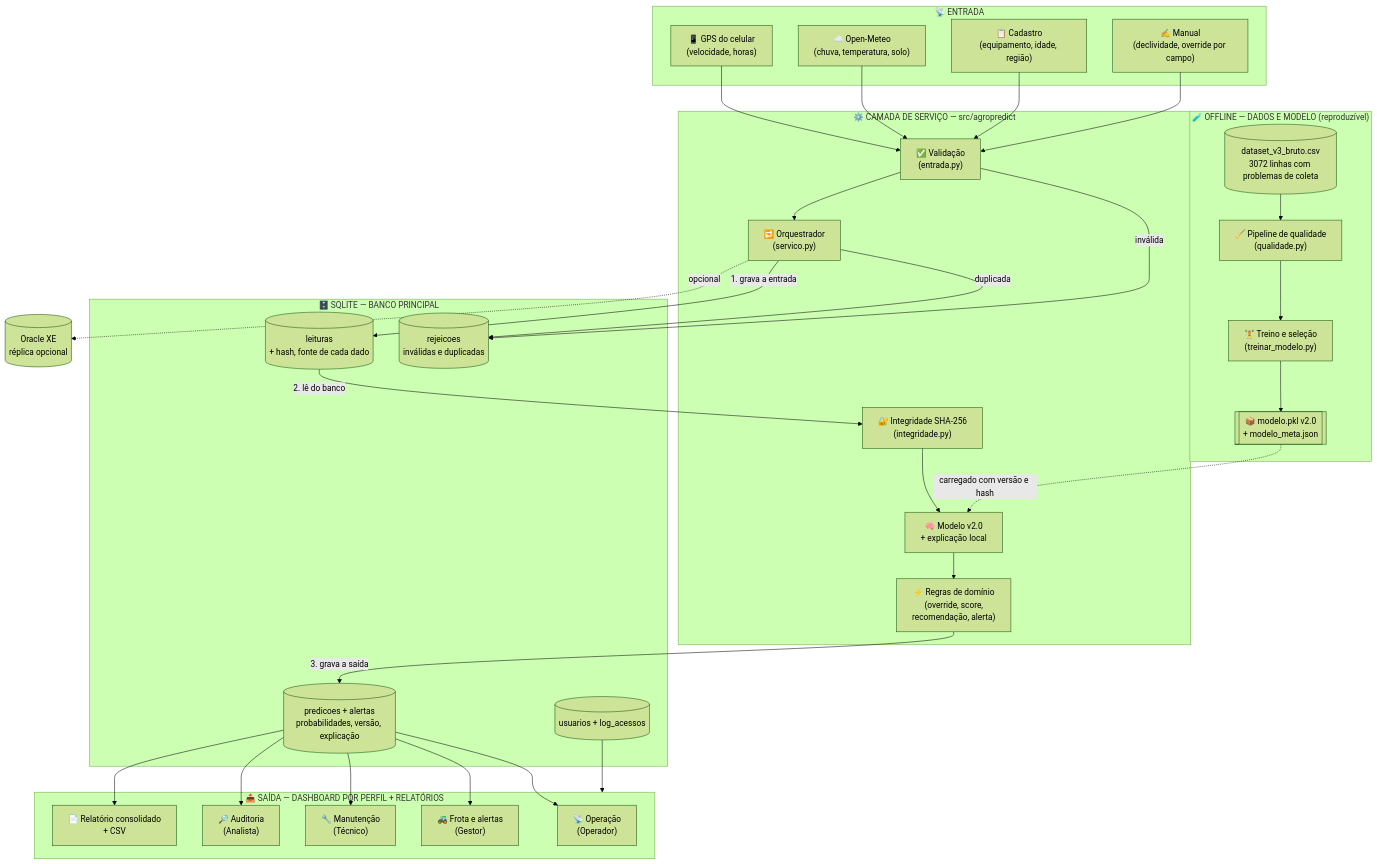
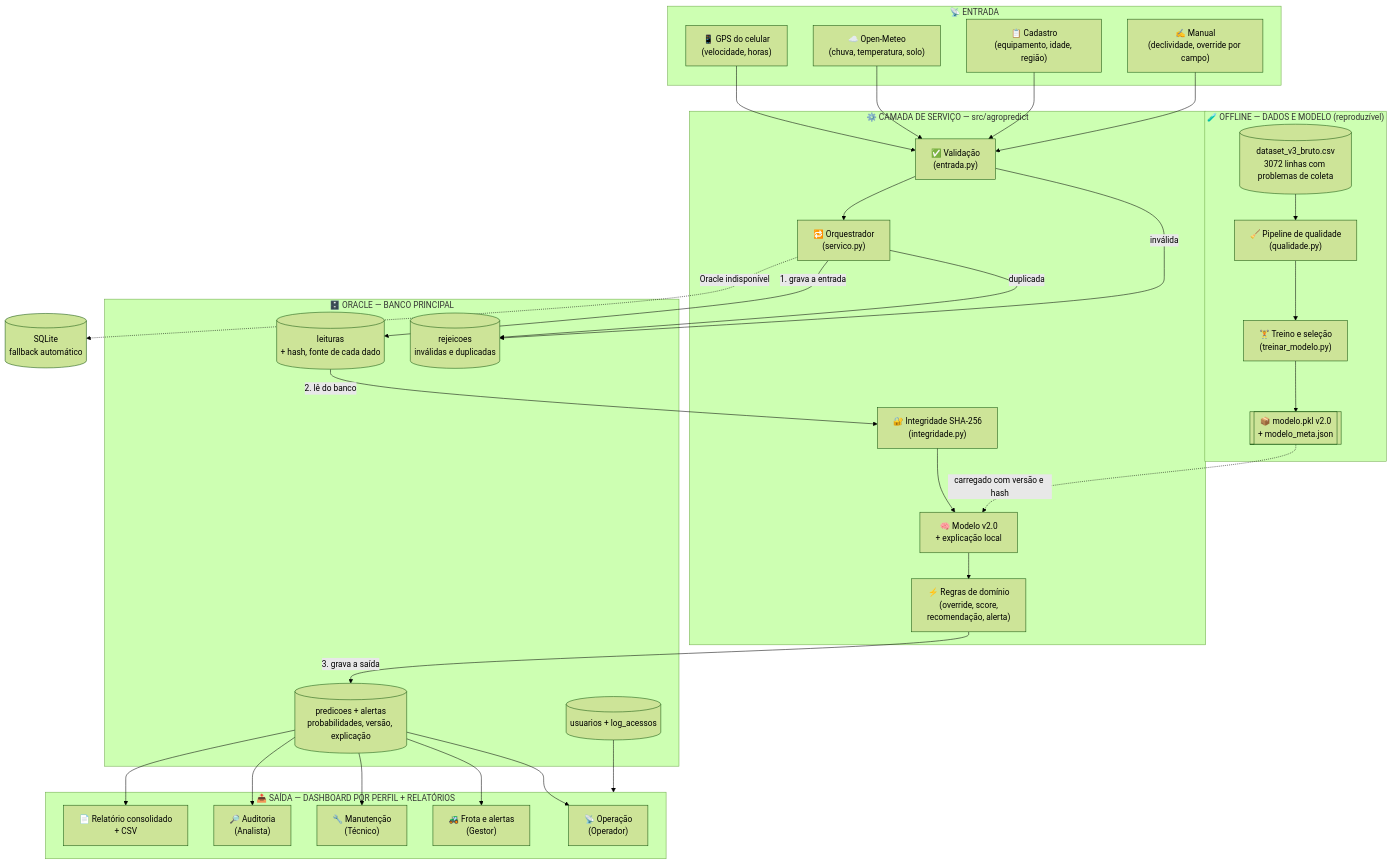
The diagram in ANO1/Sompo-AgroPredict-main/Sompo-AgroPredict-main/README.md (jotaviomoraes/fiap), drawn with Mermaid (forest theme) before and after one commit. The commit also changed other lines of this file and 34 other files, not shown here.

````diff
--- a/ANO1/Sompo-AgroPredict-main/Sompo-AgroPredict-main/README.md
+++ b/ANO1/Sompo-AgroPredict-main/Sompo-AgroPredict-main/README.md
@@ -77,58 +77,58 @@
 ```mermaid
 flowchart TB
     subgraph OFF["🧪 OFFLINE — DADOS E MODELO (reproduzível)"]
         DB0[("dataset_v3_bruto.csv<br/>3072 linhas com problemas de coleta")]
         Q["🧹 Pipeline de qualidade<br/>(qualidade.py)"]
         T["🏋️ Treino e seleção<br/>(treinar_modelo.py)"]
         M[["📦 modelo.pkl v2.0<br/>+ modelo_meta.json"]]
         DB0 --> Q --> T --> M
     end
 
     subgraph FONTES["📡 ENTRADA"]
         A1["📱 GPS do celular<br/>(velocidade, horas)"]
         A3["☁️ Open-Meteo<br/>(chuva, temperatura, solo)"]
         A4["📋 Cadastro<br/>(equipamento, idade, região)"]
         A2["✍️ Manual<br/>(declividade, override por campo)"]
     end
 
     subgraph SERV["⚙️ CAMADA DE SERVIÇO — src/agropredict"]
         V["✅ Validação<br/>(entrada.py)"]
         S["🔁 Orquestrador<br/>(servico.py)"]
         H["🔐 Integridade SHA-256<br/>(integridade.py)"]
         B2["🧠 Modelo v2.0<br/>+ explicação local"]
         B4["⚡ Regras de domínio<br/>(override, score,<br/>recomendação, alerta)"]
     end
 
-    subgraph PERSIST["🗄️ SQLITE — BANCO PRINCIPAL"]
+    subgraph PERSIST["🗄️ ORACLE — BANCO PRINCIPAL"]
         R[("rejeicoes<br/>inválidas e duplicadas")]
         L[("leituras<br/>+ hash, fonte de cada dado")]
         P[("predicoes + alertas<br/>probabilidades, versão, explicação")]
         U[("usuarios + log_acessos")]
     end
 
-    D1[("Oracle XE<br/>réplica opcional")]
+    D1[("SQLite<br/>fallback automático")]
 
     subgraph SAIDAS["📤 SAÍDA — DASHBOARD POR PERFIL + RELATÓRIOS"]
         C1["📡 Operação<br/>(Operador)"]
         C2["🚜 Frota e alertas<br/>(Gestor)"]
         C4["🔧 Manutenção<br/>(Técnico)"]
         C3["🔎 Auditoria<br/>(Analista)"]
         C5["📄 Relatório consolidado<br/>+ CSV"]
     end
 
     M -. carregado com versão e hash .-> B2
     A1 --> V
     A3 --> V
     A4 --> V
     A2 --> V
     V -- inválida --> R
     V --> S
     S -- duplicada --> R
     S -- "1. grava a entrada" --> L
     L -- "2. lê do banco" --> H
     H --> B2 --> B4
     B4 -- "3. grava a saída" --> P
-    S -. opcional .-> D1
+    S -. Oracle indisponível .-> D1
     P --> C1 & C2 & C4 & C3 & C5
     U --> SAIDAS
 ```
````
